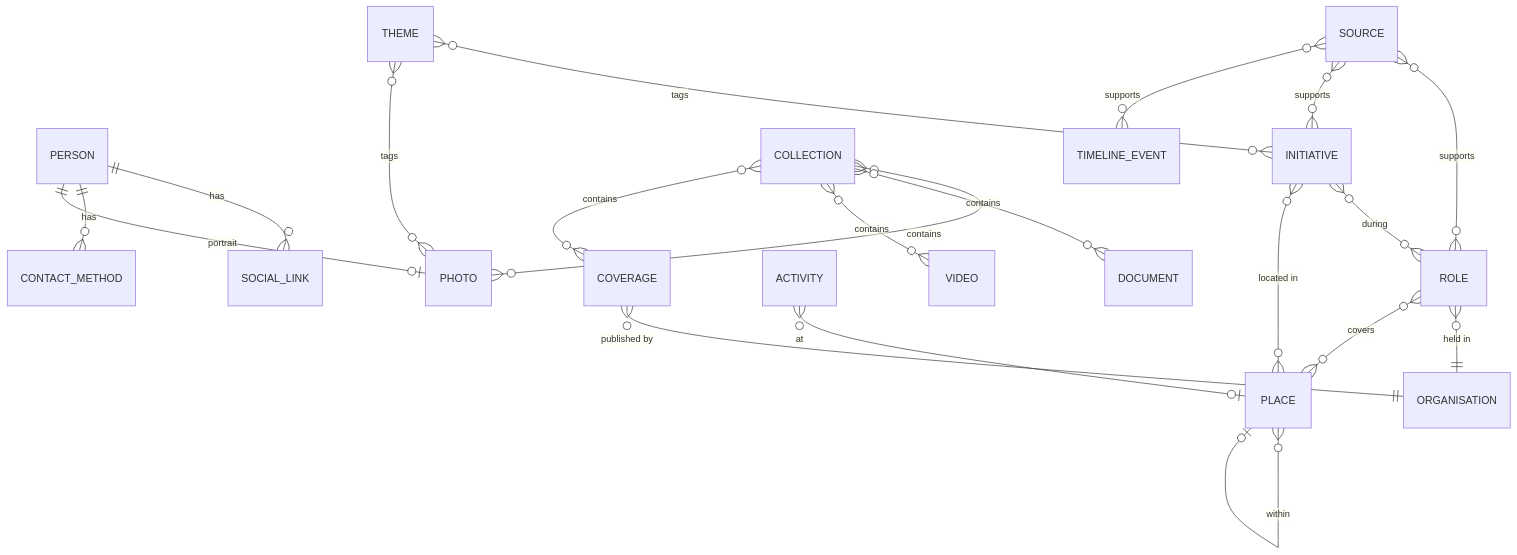
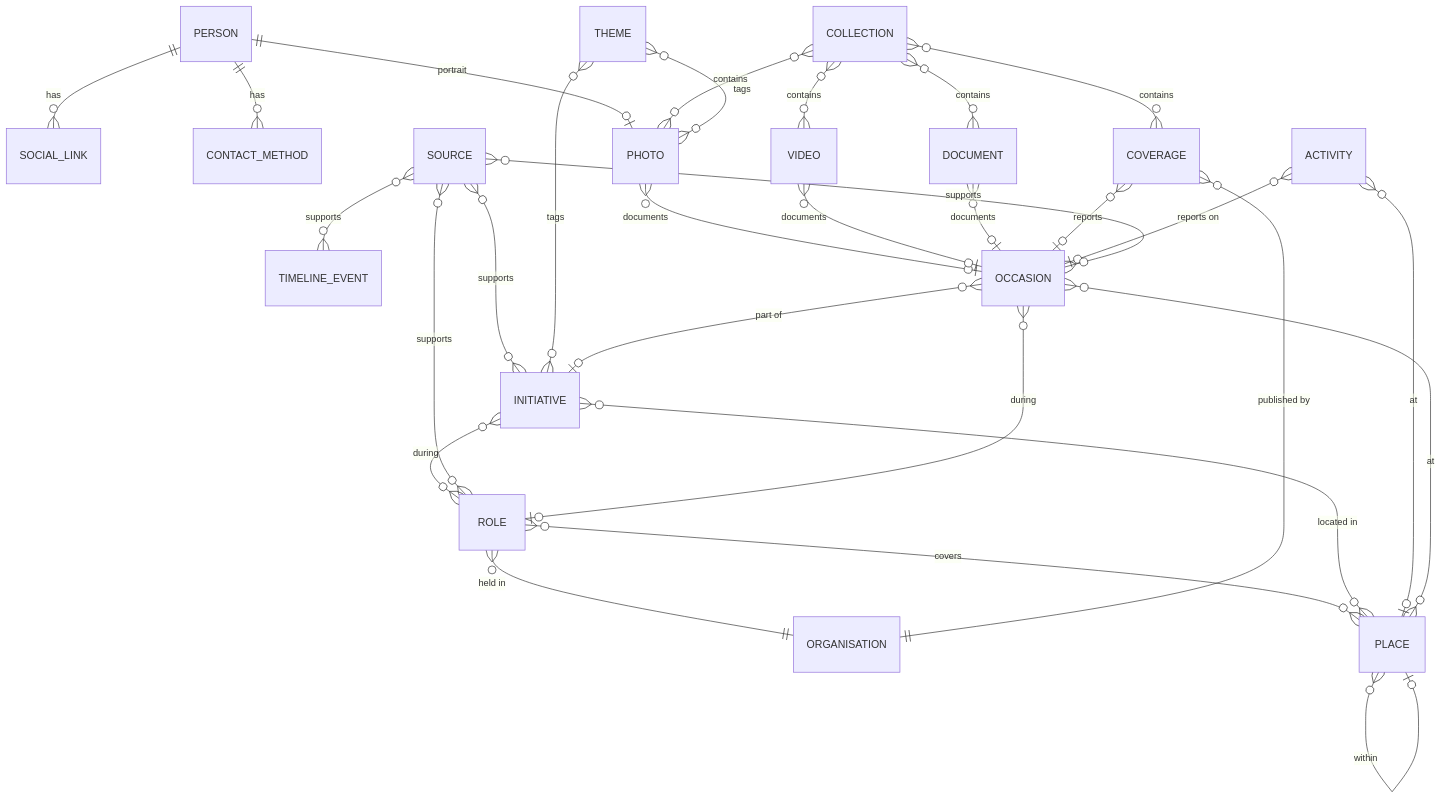
Before and after one commit to realayanalikhan/jabalpur-public-life: the diagram in docs/spec/03-content-architecture.md, drawn with Mermaid. The commit also changed other lines of this file and 7 other files, not shown here.

````diff
--- a/docs/spec/03-content-architecture.md
+++ b/docs/spec/03-content-architecture.md
@@ -94,22 +119,31 @@
 ```mermaid
 erDiagram
     PERSON ||--o{ SOCIAL_LINK : has
     PERSON ||--o{ CONTACT_METHOD : has
     PERSON ||--o| PHOTO : portrait
     ROLE }o--|| ORGANISATION : "held in"
     ROLE }o--o{ PLACE : "covers"
     INITIATIVE }o--o{ ROLE : "during"
     INITIATIVE }o--o{ PLACE : "located in"
     ACTIVITY }o--o| PLACE : "at"
     COVERAGE }o--|| ORGANISATION : "published by"
     COLLECTION }o--o{ PHOTO : contains
     COLLECTION }o--o{ DOCUMENT : contains
     COLLECTION }o--o{ VIDEO : contains
     COLLECTION }o--o{ COVERAGE : contains
     SOURCE }o--o{ ROLE : supports
     SOURCE }o--o{ INITIATIVE : supports
     SOURCE }o--o{ TIMELINE_EVENT : supports
     THEME }o--o{ INITIATIVE : tags
     THEME }o--o{ PHOTO : tags
     PLACE }o--o| PLACE : "within"
+    OCCASION }o--o{ PLACE : "at"
+    OCCASION }o--o| ROLE : "during"
+    OCCASION }o--o| INITIATIVE : "part of"
+    PHOTO }o--o| OCCASION : documents
+    VIDEO }o--o| OCCASION : documents
+    DOCUMENT }o--o| OCCASION : documents
+    COVERAGE }o--o| OCCASION : reports
+    ACTIVITY }o--o| OCCASION : "reports on"
+    SOURCE }o--o{ OCCASION : supports
 ```
````
